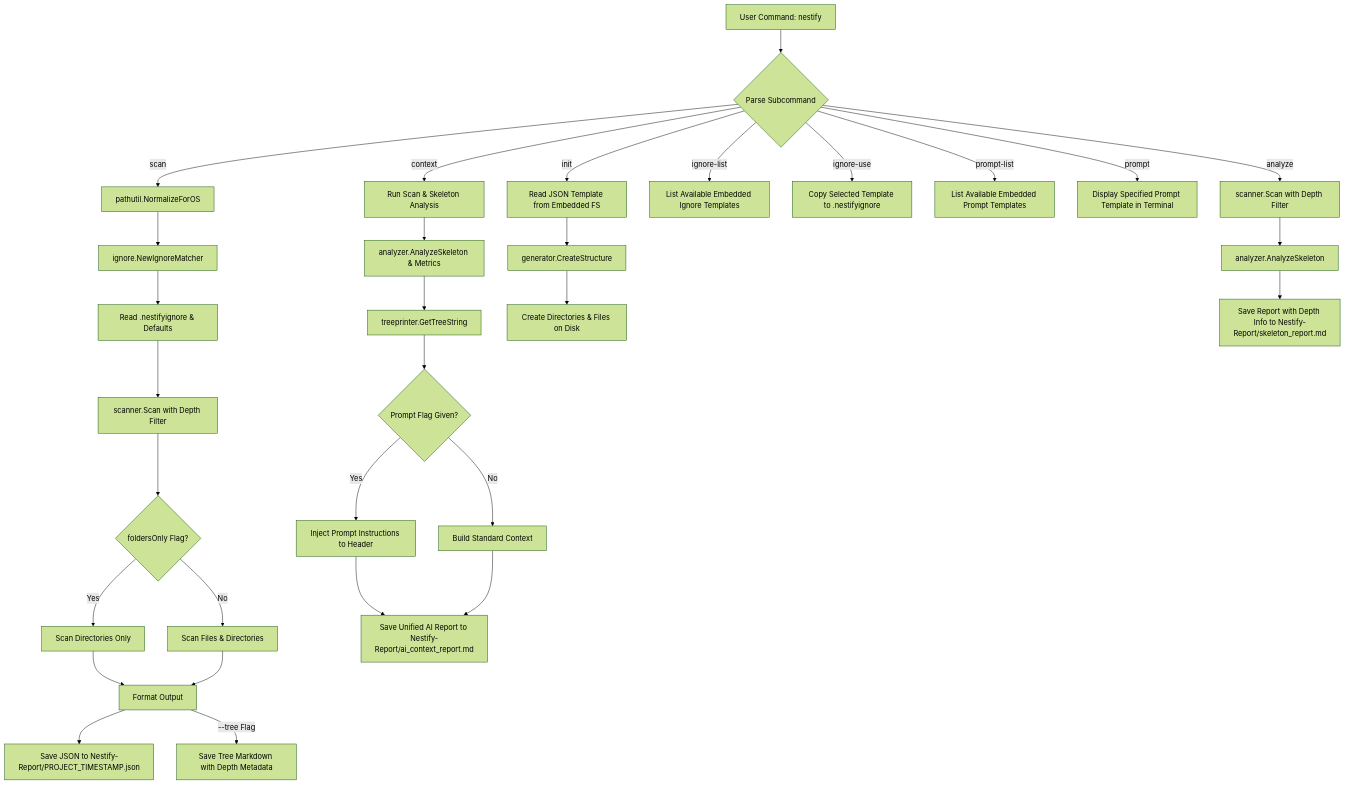
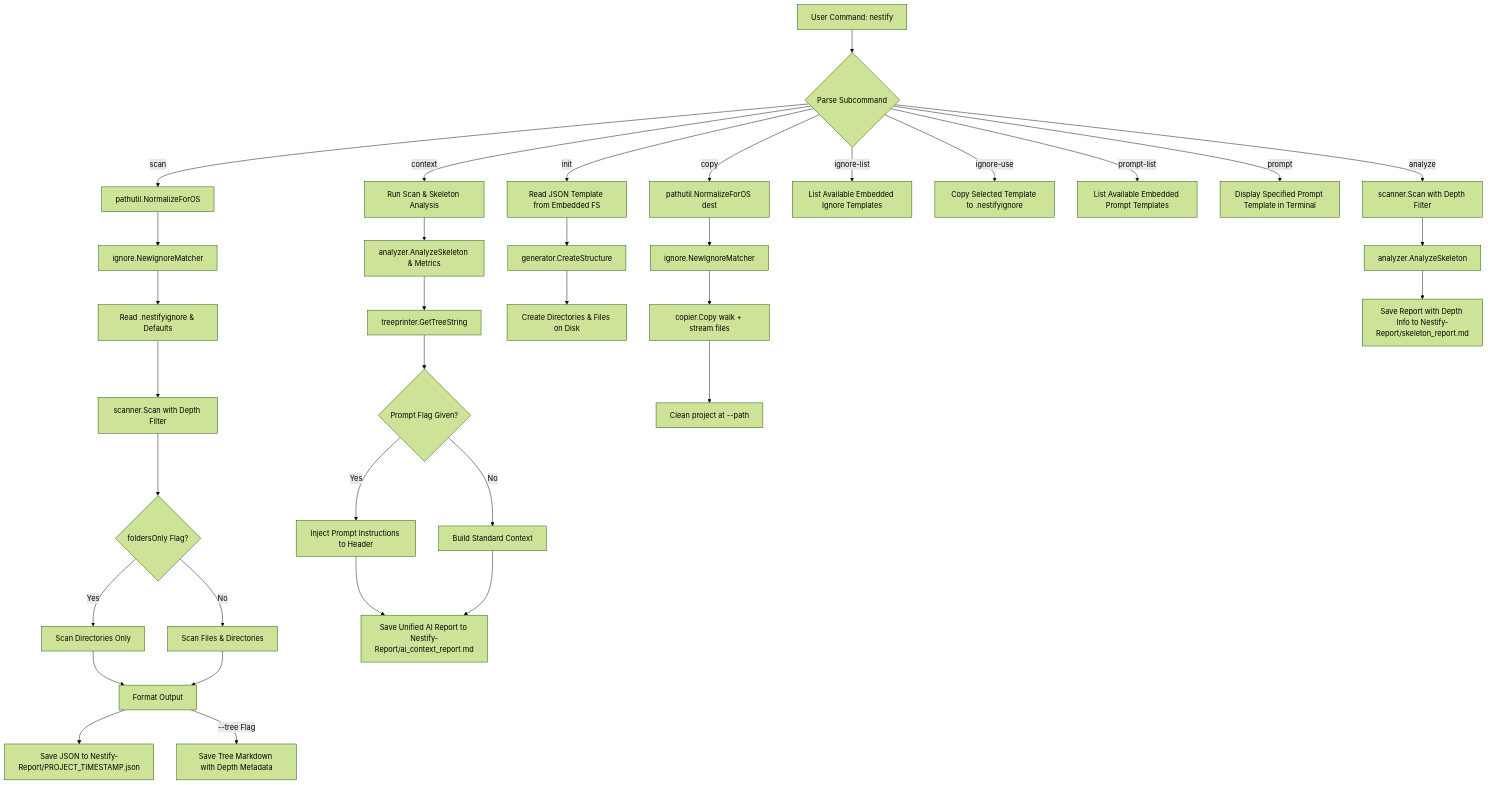
One commit to badboy1981/Nestify changed the diagram in README.md. Above: the diagram before and after it, drawn with Mermaid (forest theme). The commit also changed other lines of this file and 31 other files, not shown here.

Commit message:
add copy command

````diff
--- a/README.md
+++ b/README.md
@@ -58,45 +60,51 @@
 ```mermaid
 graph TD
     A[User Command: nestify] --> B{Parse Subcommand}
 
     %% SCAN COMMAND FLOW
     B -->|scan| C[pathutil.NormalizeForOS]
     C --> D[ignore.NewIgnoreMatcher]
     D --> E[Read .nestifyignore & Defaults]
     E --> F[scanner.Scan with Depth Filter]
     F --> G{foldersOnly Flag?}
     G -->|Yes| H[Scan Directories Only]
     G -->|No| I[Scan Files & Directories]
     H --> J[Format Output]
     I --> J
     J --> K[Save JSON to Nestify-Report/PROJECT_TIMESTAMP.json]
     J -->|--tree Flag| L[Save Tree Markdown with Depth Metadata]
 
     %% CONTEXT COMMAND FLOW
     B -->|context| M[Run Scan & Skeleton Analysis]
     M --> N[analyzer.AnalyzeSkeleton & Metrics]
     N --> O[treeprinter.GetTreeString]
     O --> P{Prompt Flag Given?}
     P -->|Yes| Q[Inject Prompt Instructions to Header]
     P -->|No| R[Build Standard Context]
     Q --> S[Save Unified AI Report to Nestify-Report/ai_context_report.md]
     R --> S
 
     %% INIT COMMAND FLOW
     B -->|init| T[Read JSON Template from Embedded FS]
     T --> U[generator.CreateStructure]
     U --> V[Create Directories & Files on Disk]
 
+    %% COPY COMMAND FLOW
+    B -->|copy| CA[pathutil.NormalizeForOS dest]
+    CA --> CB[ignore.NewIgnoreMatcher]
+    CB --> CC[copier.Copy walk + stream files]
+    CC --> CD[Clean project at --path]
+
     %% IGNORE COMMAND FLOW
     B -->|ignore-list| W[List Available Embedded Ignore Templates]
     B -->|ignore-use| X[Copy Selected Template to .nestifyignore]
 
     %% PROMPT COMMAND FLOW
     B -->|prompt-list| Y[List Available Embedded Prompt Templates]
     B -->|prompt| Z[Display Specified Prompt Template in Terminal]
 
     %% ANALYZE COMMAND FLOW
     B -->|analyze| AA[scanner.Scan with Depth Filter]
     AA --> AB[analyzer.AnalyzeSkeleton]
     AB --> AC[Save Report with Depth Info to Nestify-Report/skeleton_report.md]
 ```
````
